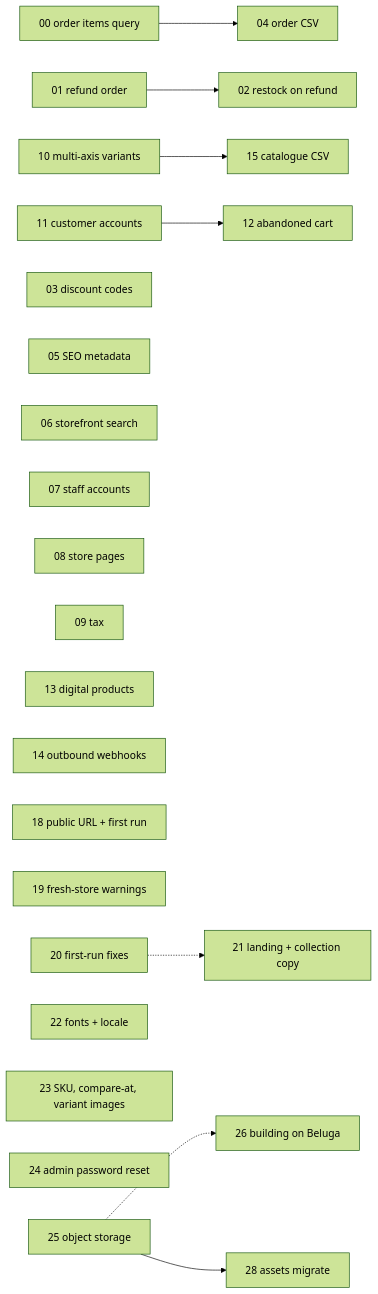
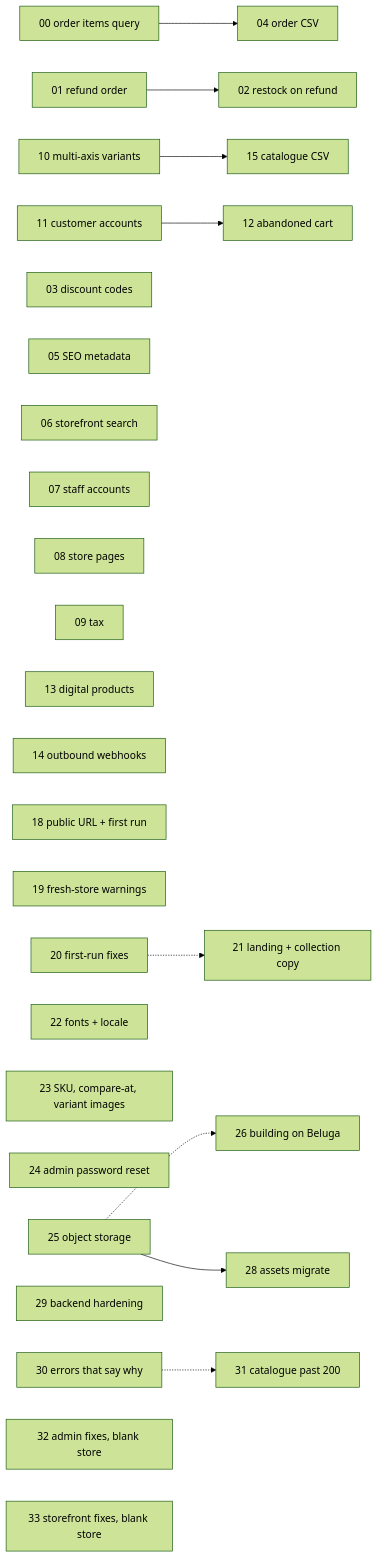
The diagram in docs/tasks/README.md (binx/yesiwantaplatform), drawn with Mermaid (forest theme) before and after one commit. The commit also changed other lines of this file and 7 other files, not shown here.

First line of the commit message:
Write up the blank-store review as briefs 29–33 and one gap

````diff
--- a/docs/tasks/README.md
+++ b/docs/tasks/README.md
@@ -176,23 +176,27 @@
 ```mermaid
 graph LR
   T00[00 order items query] --> T04[04 order CSV]
   T01[01 refund order] --> T02[02 restock on refund]
   T10[10 multi-axis variants] --> T15[15 catalogue CSV]
   T11[11 customer accounts] --> T12[12 abandoned cart]
   T03[03 discount codes]
   T05[05 SEO metadata]
   T06[06 storefront search]
   T07[07 staff accounts]
   T08[08 store pages]
   T09[09 tax]
   T13[13 digital products]
   T14[14 outbound webhooks]
   T18[18 public URL + first run]
   T19[19 fresh-store warnings]
   T20[20 first-run fixes] -.-> T21[21 landing + collection copy]
   T22[22 fonts + locale]
   T23[23 SKU, compare-at, variant images]
   T24[24 admin password reset]
   T25[25 object storage] -.-> T26[26 building on Beluga]
   T25 --> T28[28 assets migrate]
+  T29[29 backend hardening]
+  T30[30 errors that say why] -.-> T31[31 catalogue past 200]
+  T32[32 admin fixes, blank store]
+  T33[33 storefront fixes, blank store]
 ```
````
